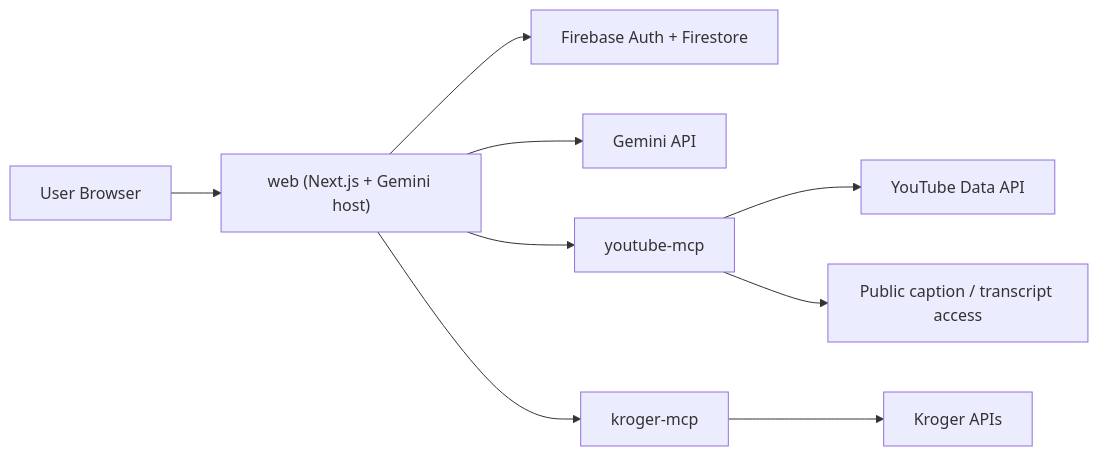
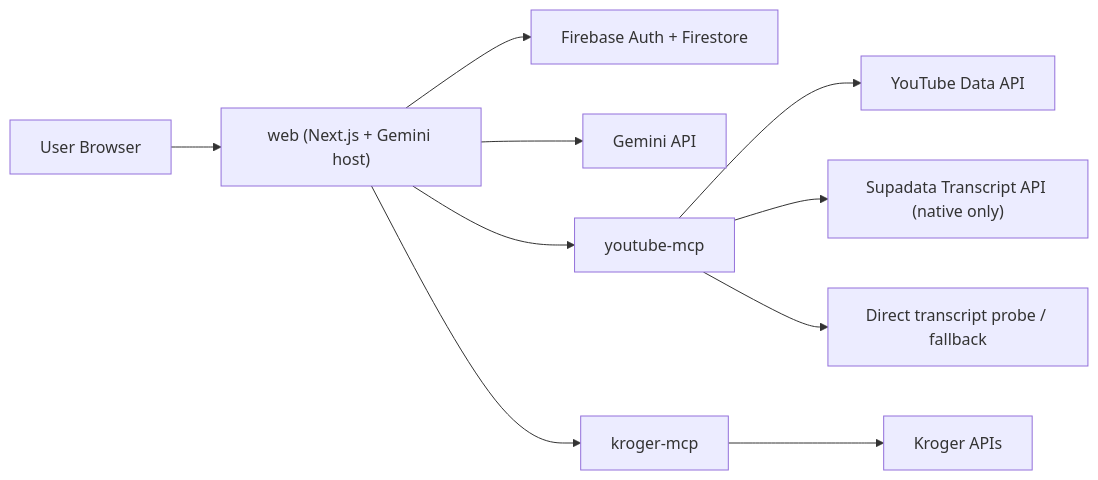
One commit to MosheT01/CraveCart changed the diagram in ARCHITECTURE.md. Above: the diagram before and after it, drawn with Mermaid. The commit also changed other lines of this file and 25 other files, not shown here.

````diff
--- a/ARCHITECTURE.md
+++ b/ARCHITECTURE.md
@@ -73,11 +73,12 @@
 ```mermaid
 flowchart LR
     U["User Browser"] --> W["web (Next.js + Gemini host)"]
     W --> FB["Firebase Auth + Firestore"]
     W --> G["Gemini API"]
     W --> YM["youtube-mcp"]
     W --> KM["kroger-mcp"]
     YM --> Y["YouTube Data API"]
-    YM --> T["Public caption / transcript access"]
+    YM --> S["Supadata Transcript API (native only)"]
+    YM --> T["Direct transcript probe / fallback"]
     KM --> K["Kroger APIs"]
 ```
````
